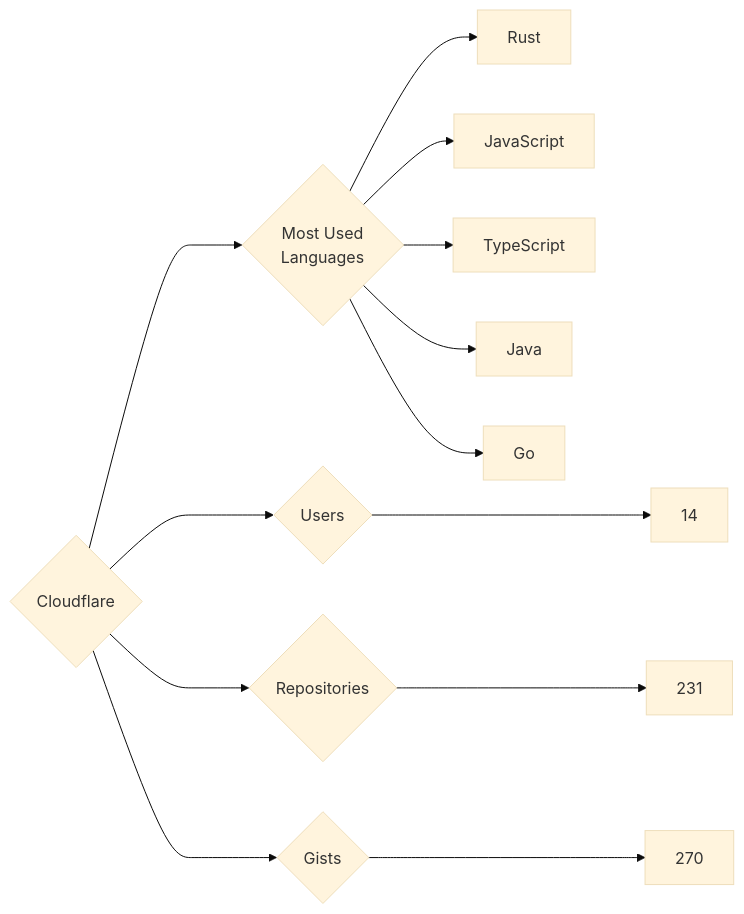
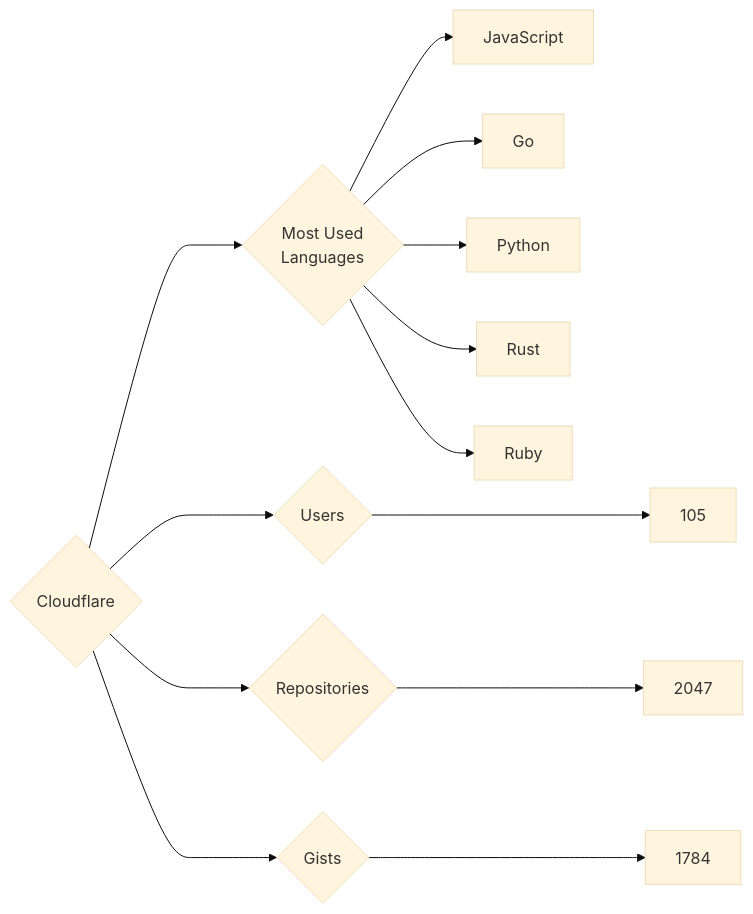
The diagram in targets/Cloudflare/README.md (trickest/insiders), drawn with Mermaid (base theme) before and after one commit. The commit also changed 775 other files, not shown here.

````diff
--- a/targets/Cloudflare/README.md
+++ b/targets/Cloudflare/README.md
@@ -3,13 +3,13 @@
 ```mermaid
 graph LR
 COMPANY_NAME{Cloudflare}
-COMPANY_NAME ---> U{Users} ---> UN[14]
-COMPANY_NAME ---> R{Repositories} ---> RN[231]
-COMPANY_NAME ---> G{Gists} ---> GN[270]
+COMPANY_NAME ---> U{Users} ---> UN[105]
+COMPANY_NAME ---> R{Repositories} ---> RN[2047]
+COMPANY_NAME ---> G{Gists} ---> GN[1784]
 COMPANY_NAME ---> ML{Most Used<br>Languages}
+ML --> JavaScript[JavaScript]
+ML --> Go[Go]
+ML --> Python[Python]
 ML --> Rust[Rust]
-ML --> JavaScript[JavaScript]
-ML --> TypeScript[TypeScript]
-ML --> Java[Java]
-ML --> Go[Go]
+ML --> Ruby[Ruby]
 ```
````
